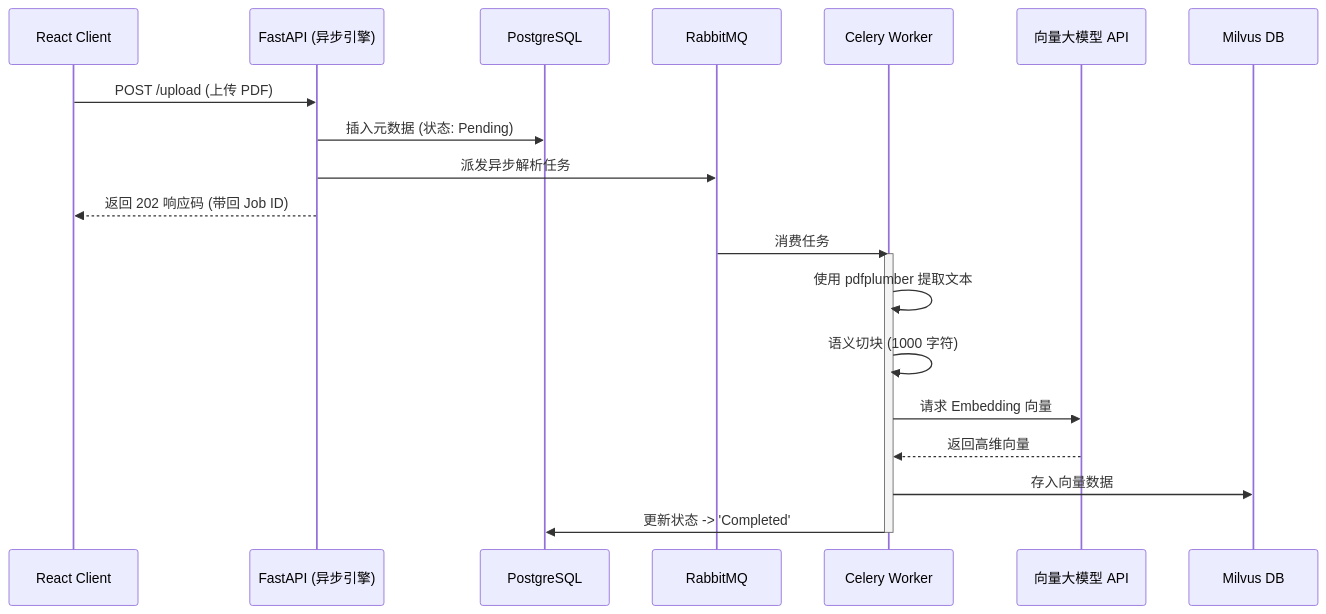
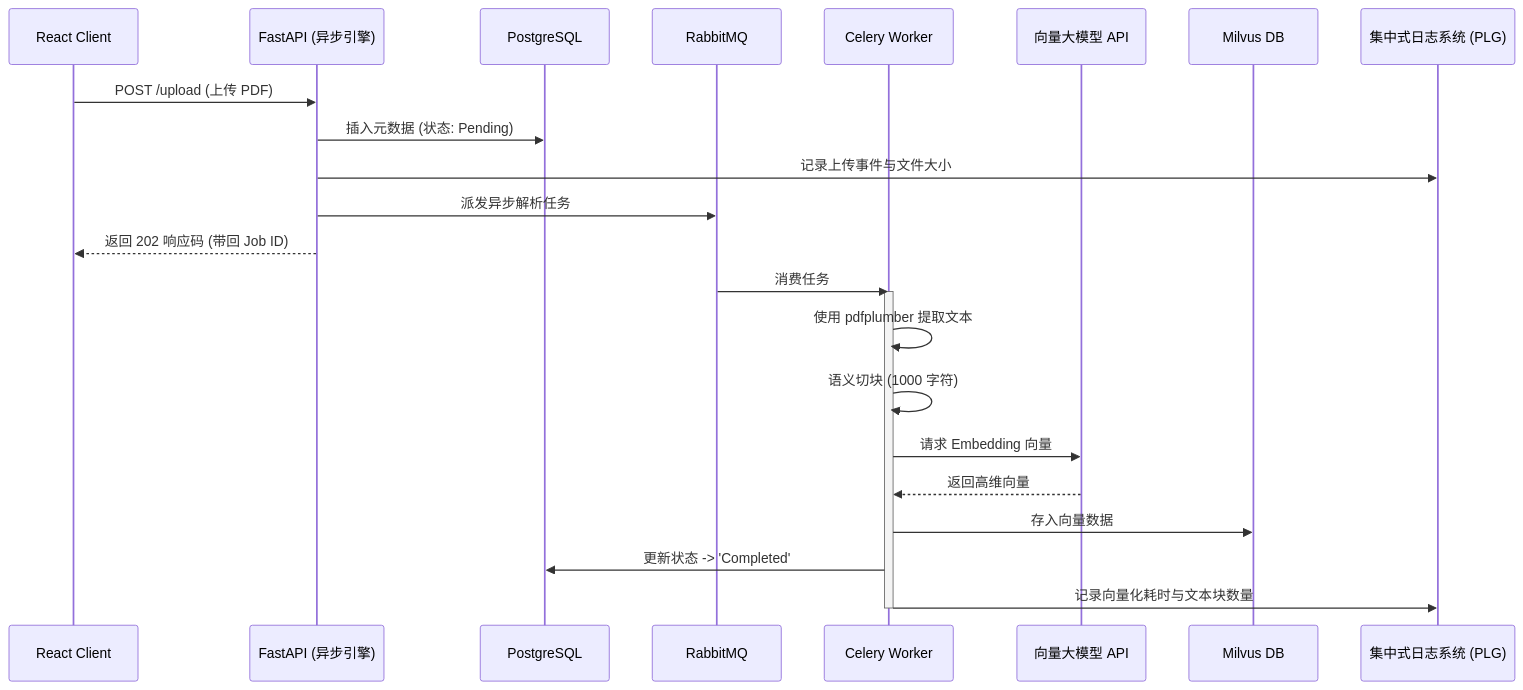
One commit to joe-ging/AI_Stock_Analyst_Enterprise changed the first of 5 diagrams in README_zh.md. Above: the diagram before and after it, drawn with Mermaid. The commit also changed other lines of this file and 8 other files, not shown here.

Commit message:
docs: comprehensive update to logging architecture and READMEs

````diff
--- a/README_zh.md
+++ b/README_zh.md
@@ -51,25 +51,28 @@
 ```mermaid
 sequenceDiagram
     participant UI as React Client
     participant Engine as FastAPI (异步引擎)
     participant PG as PostgreSQL
     participant MQ as RabbitMQ
     participant Worker as Celery Worker
     participant AI as 向量大模型 API
     participant Milvus as Milvus DB
+    participant Log as 集中式日志系统 (PLG)
     
     UI->>Engine: POST /upload (上传 PDF)
     Engine->>PG: 插入元数据 (状态: Pending)
+    Engine->>Log: 记录上传事件与文件大小
     Engine->>MQ: 派发异步解析任务
     Engine-->>UI: 返回 202 响应码 (带回 Job ID)
     
     MQ->>Worker: 消费任务
     activate Worker
     Worker->>Worker: 使用 pdfplumber 提取文本
     Worker->>Worker: 语义切块 (1000 字符)
     Worker->>AI: 请求 Embedding 向量
     AI-->>Worker: 返回高维向量
     Worker->>Milvus: 存入向量数据
     Worker->>PG: 更新状态 -> 'Completed'
+    Worker->>Log: 记录向量化耗时与文本块数量
     deactivate Worker
 ```
````
